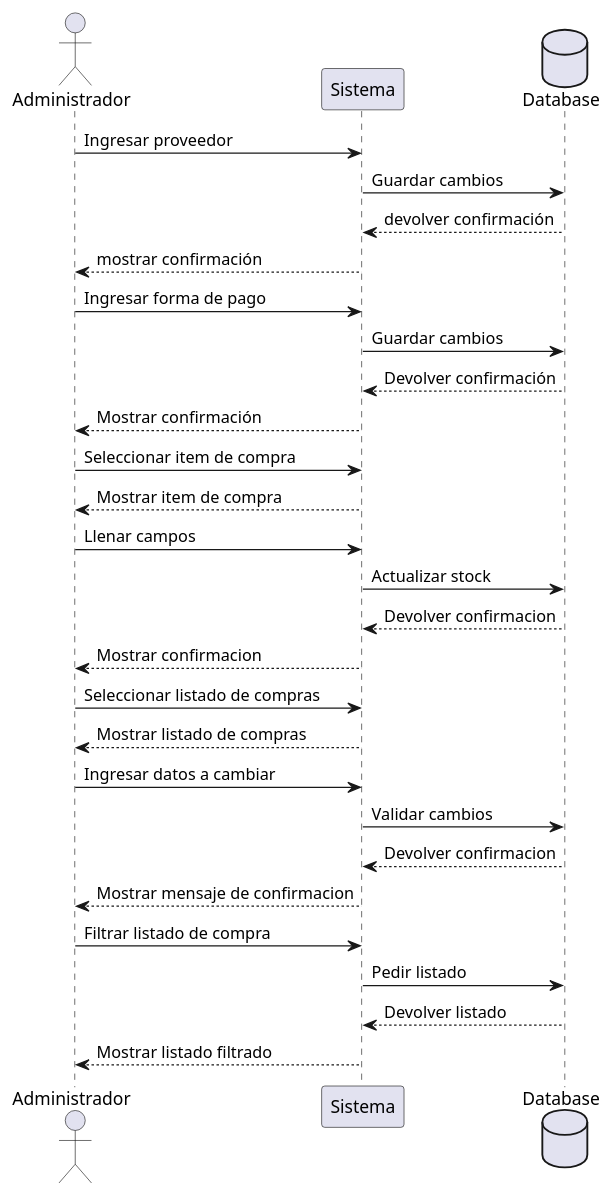
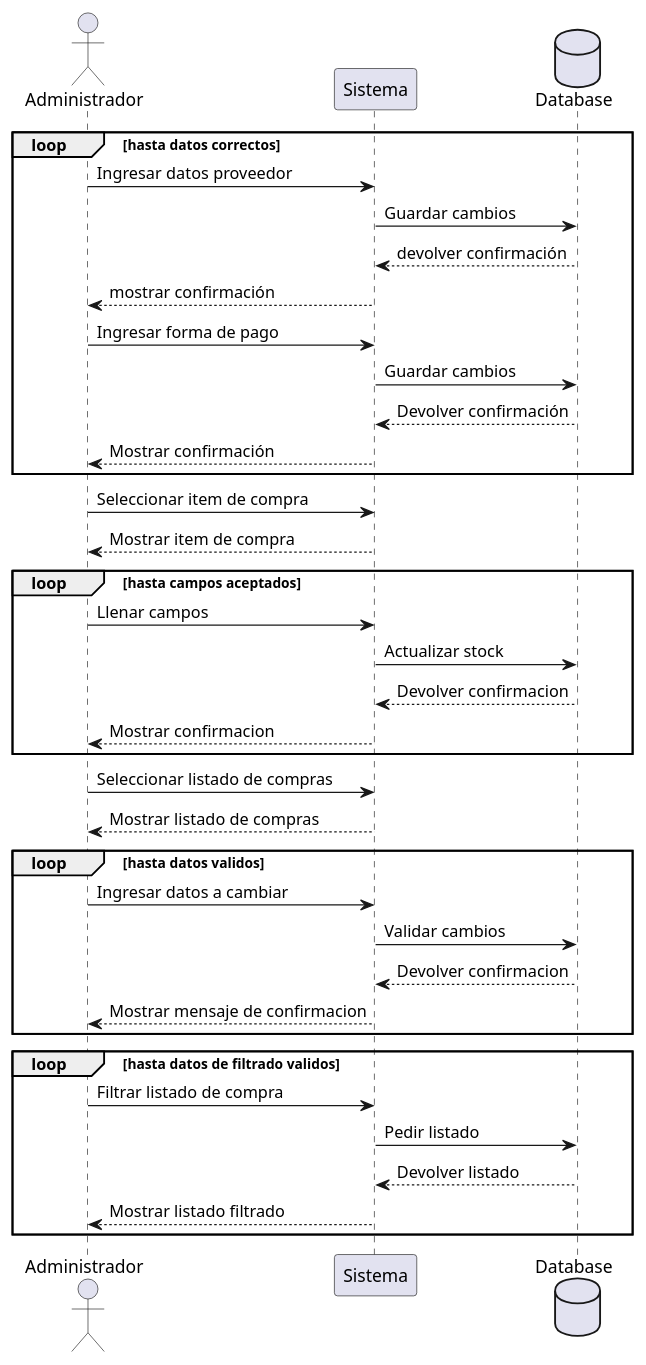
One commit to Luci1274/PPI_Proyecto_gomeria changed the diagram in 08-Diagrama-secuencia/01_Registrar_compra.puml. Above: the diagram before and after it, drawn with PlantUML.

Commit message:
finalización diagrama compra

```diff
--- a/08-Diagrama-secuencia/01_Registrar_compra.puml
+++ b/08-Diagrama-secuencia/01_Registrar_compra.puml
@@ -1,32 +1,39 @@
 @startuml Registrar compra
 
 Actor Administrador
 participant Sistema
 database Database as DB
 
-Administrador -> Sistema: Ingresar proveedor
-Sistema -> DB: Guardar cambios
-DB --> Sistema: devolver confirmación
-Sistema --> Administrador: mostrar confirmación
-Administrador -> Sistema: Ingresar forma de pago
-Sistema -> DB: Guardar cambios
-DB --> Sistema: Devolver confirmación
-Sistema --> Administrador: Mostrar confirmación
+loop hasta datos correctos
+    Administrador -> Sistema: Ingresar datos proveedor
+    Sistema -> DB: Guardar cambios
+    DB --> Sistema: devolver confirmación
+    Sistema --> Administrador: mostrar confirmación
+    Administrador -> Sistema: Ingresar forma de pago
+    Sistema -> DB: Guardar cambios
+    DB --> Sistema: Devolver confirmación
+    Sistema --> Administrador: Mostrar confirmación
+end
 Administrador -> Sistema: Seleccionar item de compra
 Sistema --> Administrador: Mostrar item de compra
-Administrador -> Sistema: Llenar campos
-Sistema -> DB: Actualizar stock
-DB --> Sistema: Devolver confirmacion
-Sistema --> Administrador: Mostrar confirmacion
+loop hasta campos aceptados
+    Administrador -> Sistema: Llenar campos
+    Sistema -> DB: Actualizar stock
+    DB --> Sistema: Devolver confirmacion
+    Sistema --> Administrador: Mostrar confirmacion
+end
 Administrador -> Sistema: Seleccionar listado de compras
 Sistema --> Administrador: Mostrar listado de compras
-Administrador -> Sistema: Ingresar datos a cambiar
-Sistema -> DB: Validar cambios
-DB --> Sistema: Devolver confirmacion
-Sistema --> Administrador: Mostrar mensaje de confirmacion
-Administrador -> Sistema: Filtrar listado de compra
-Sistema -> DB: Pedir listado
-DB --> Sistema: Devolver listado
-Sistema --> Administrador: Mostrar listado filtrado
-
+loop hasta datos validos
+    Administrador -> Sistema: Ingresar datos a cambiar
+    Sistema -> DB: Validar cambios
+    DB --> Sistema: Devolver confirmacion
+    Sistema --> Administrador: Mostrar mensaje de confirmacion
+end
+loop hasta datos de filtrado validos
+    Administrador -> Sistema: Filtrar listado de compra
+    Sistema -> DB: Pedir listado
+    DB --> Sistema: Devolver listado
+    Sistema --> Administrador: Mostrar listado filtrado
+end
 @enduml
```
